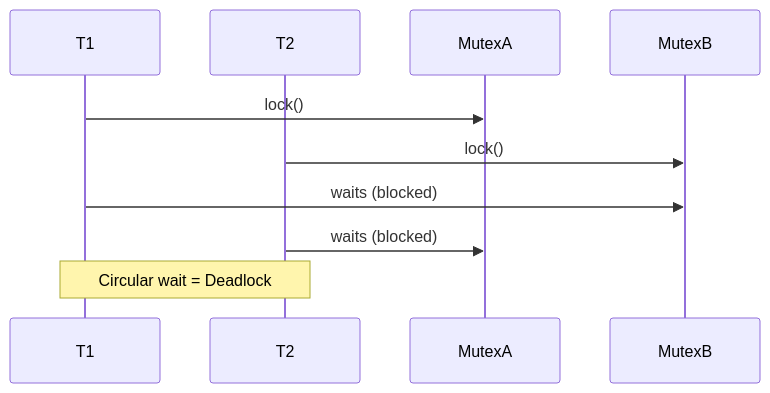
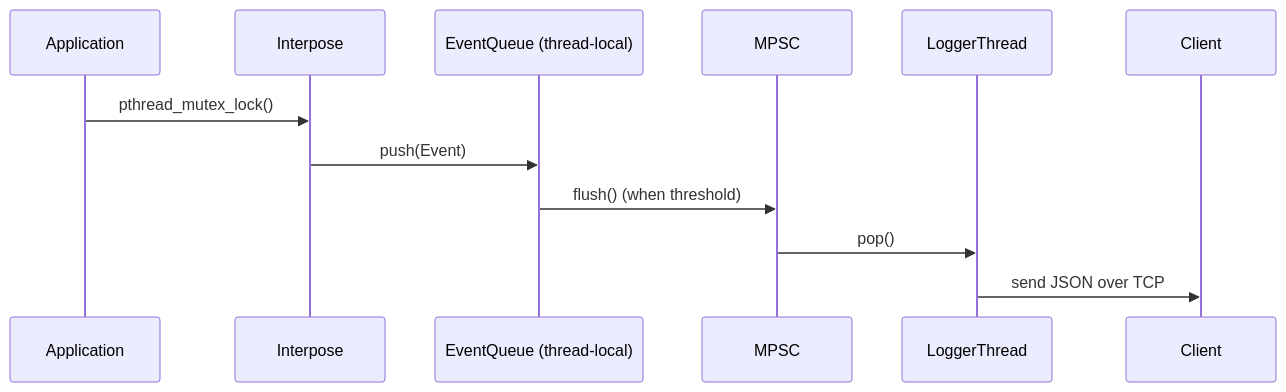
One commit to MohamedSobh032/Simple-Threading-Profiler changed the diagram in README.md. Above: the diagram before and after it, drawn with Mermaid. The commit also changed other lines of this file and 2 other files, not shown here.

````diff
--- a/README.md
+++ b/README.md
@@ -64,13 +57,15 @@
 ```mermaid
 sequenceDiagram
-    participant T1
-    participant T2
-    participant MutexA
-    participant MutexB
+  participant App as Application
+  participant Interpose
+  participant LocalQueue as EventQueue (thread-local)
+  participant MPSC
+  participant LoggerThread
+  participant Client
 
-    T1->>MutexA: lock()
-    T2->>MutexB: lock()
-    T1->>MutexB: waits (blocked)
-    T2->>MutexA: waits (blocked)
-    note over T1,T2: Circular wait = Deadlock
+  App->>Interpose: pthread_mutex_lock()
+  Interpose->>LocalQueue: push(Event)
+  LocalQueue->>MPSC: flush() (when threshold)
+  MPSC->>LoggerThread: pop()
+  LoggerThread->>Client: send JSON over TCP
 ```
````
